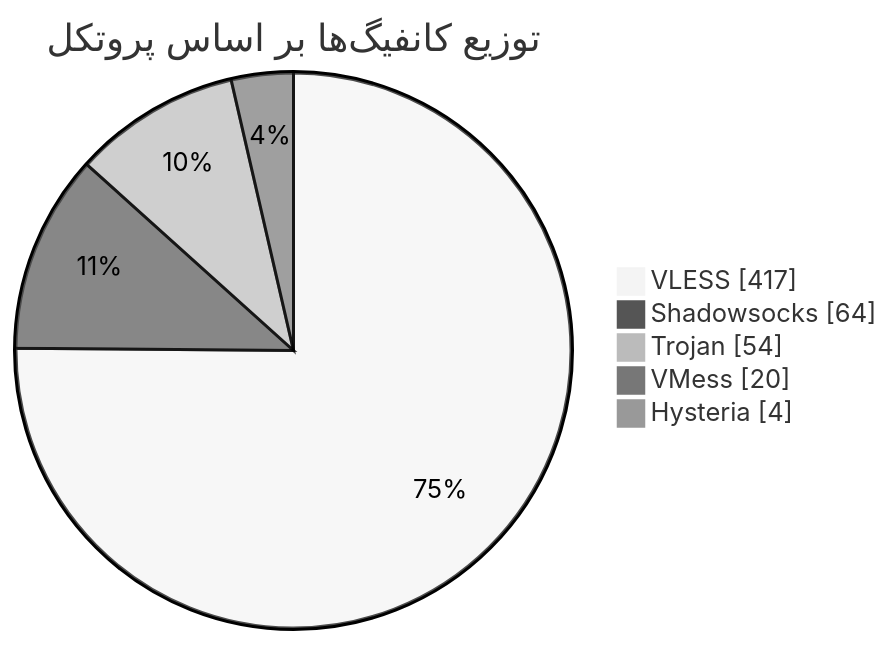
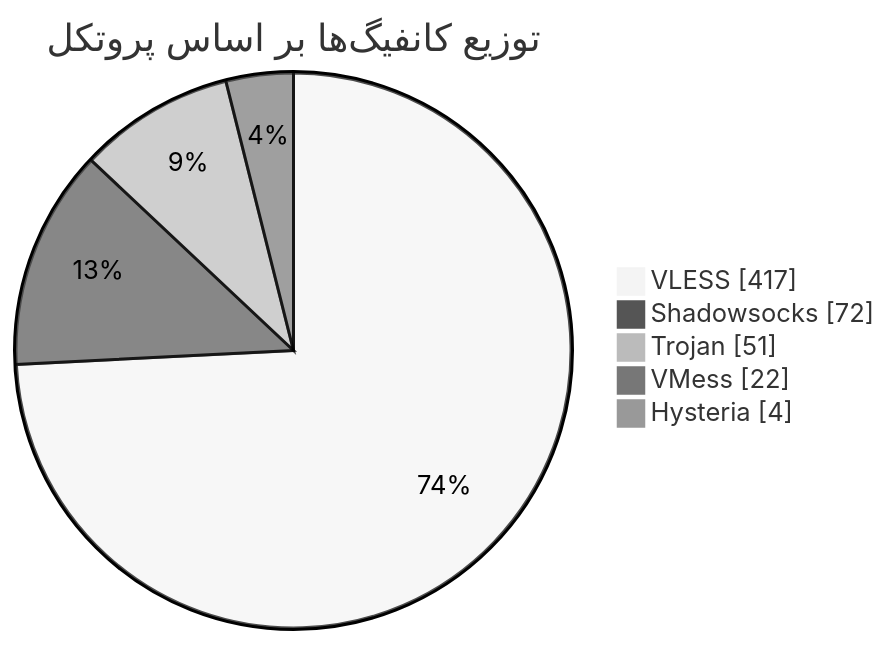
Before and after one commit to Arian-Alijani/Somthing: the diagram in README.md, drawn with Mermaid (neutral theme). The commit also changed other lines of this file and 87 other files, not shown here.

````diff
--- a/README.md
+++ b/README.md
@@ -47,9 +47,9 @@
 ```mermaid
 pie showData
     title توزیع کانفیگ‌ها بر اساس پروتکل
     "VLESS" : 417
-    "Shadowsocks" : 64
-    "Trojan" : 54
-    "VMess" : 20
+    "Shadowsocks" : 72
+    "Trojan" : 51
+    "VMess" : 22
     "Hysteria" : 4
 ```
````
